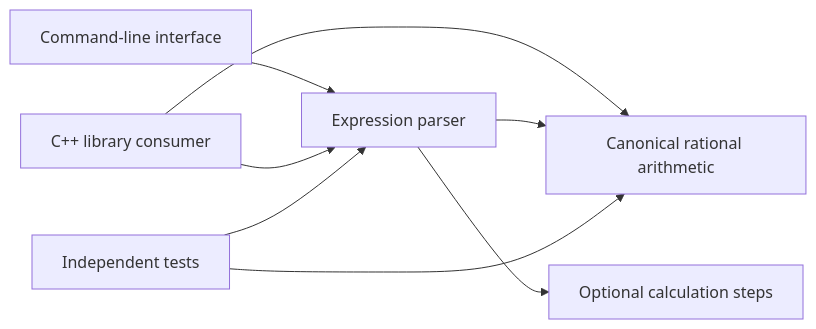
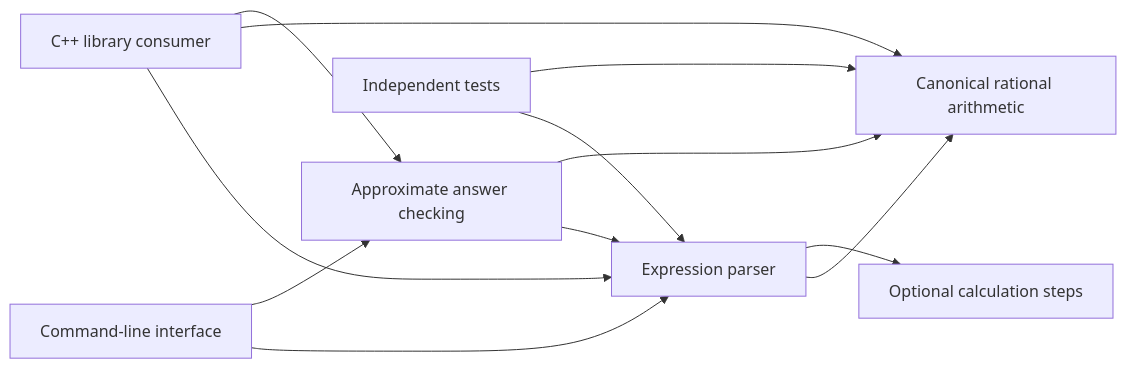
Before and after one commit to TARUNTEjjjj/axiom-math: the diagram in docs/engineering.md, drawn with Mermaid. The commit also changed other lines of this file and 10 other files, not shown here.

First line of the commit message:
Specify and add a separate exact approximate answer-checking policy (#8)

````diff
--- a/docs/engineering.md
+++ b/docs/engineering.md
@@ -5,10 +5,14 @@
 ```mermaid
 flowchart LR
   CLI[Command-line interface] --> Parser[Expression parser]
   Consumer[C++ library consumer] --> Parser
   Consumer --> Rational[Canonical rational arithmetic]
   Parser --> Rational
+  CLI --> Tolerance[Approximate answer checking]
+  Consumer --> Tolerance
+  Tolerance --> Parser
+  Tolerance --> Rational
   Parser --> Trace[Optional calculation steps]
   Tests[Independent tests] --> Parser
   Tests --> Rational
 ```
````
